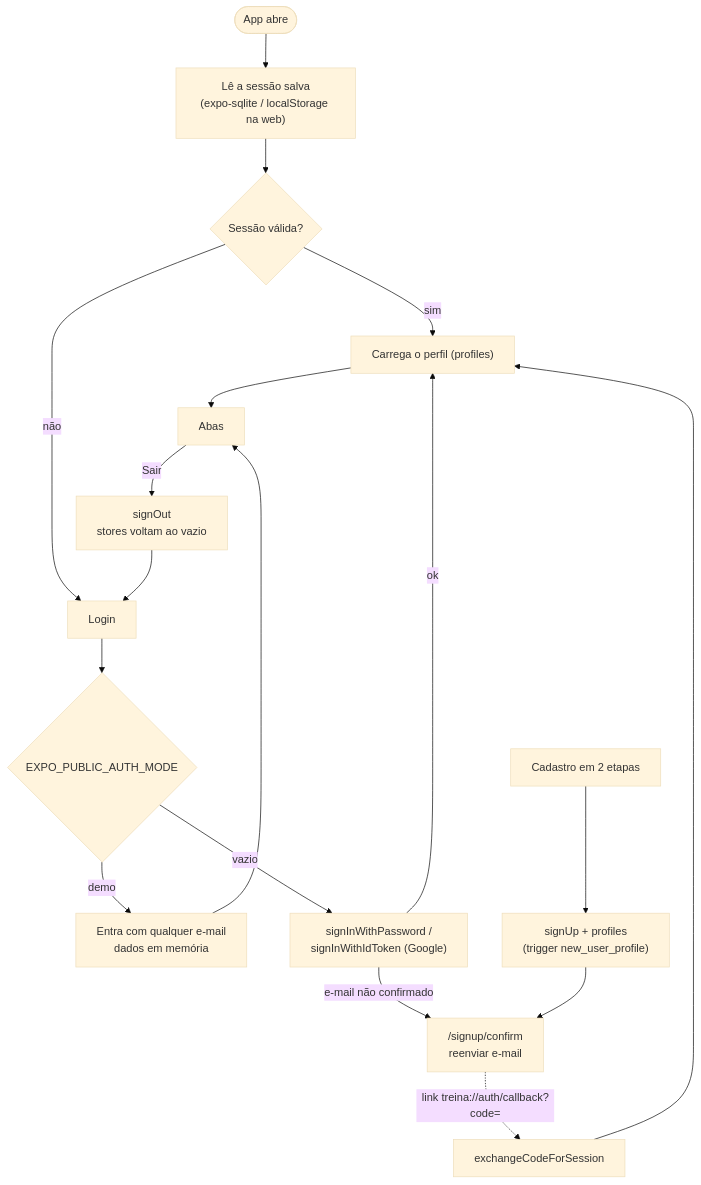
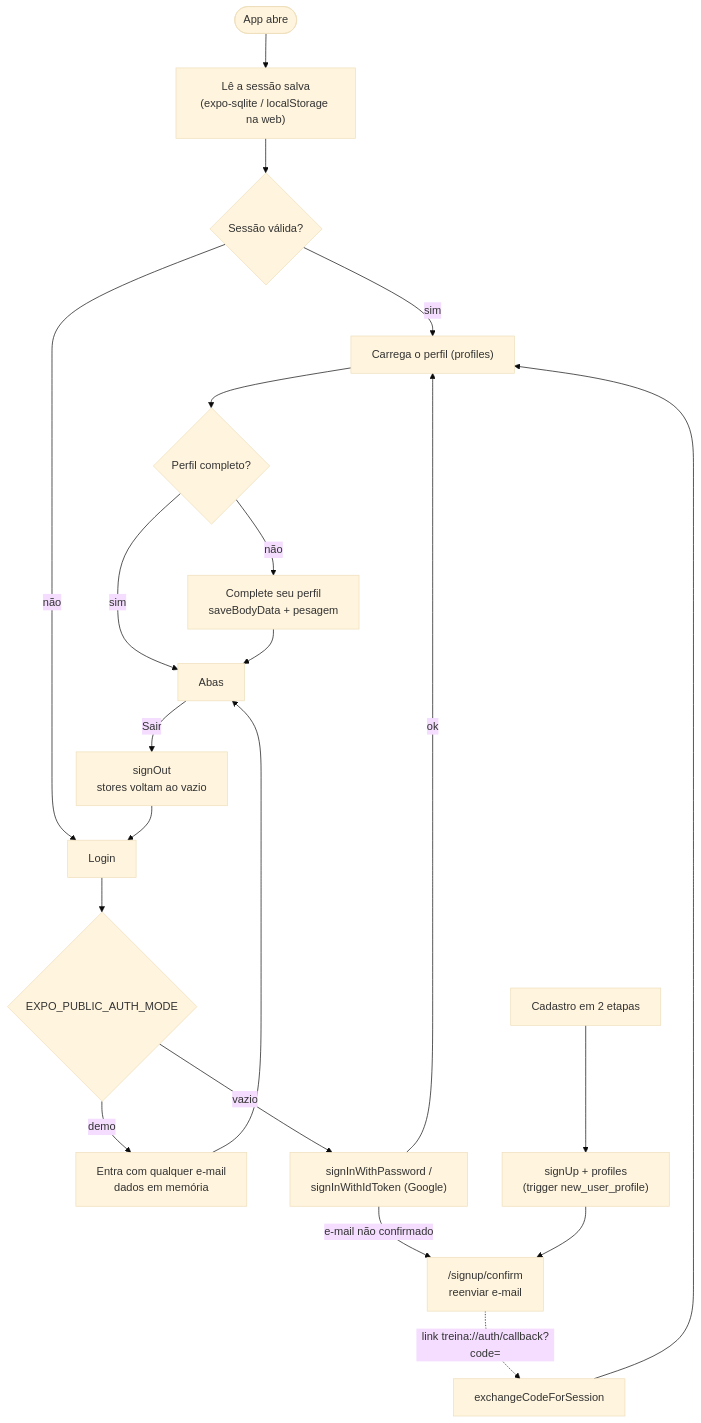
One commit to willians-e-silva/treina changed the sixth of 8 diagrams in docs/FLUXOGRAMA.md. Above: the diagram before and after it, drawn with Mermaid (base theme). The commit also changed other lines of this file, not shown here.

First line of the commit message:
docs: atualiza o fluxograma com a Fase 1 do roadmap (f21319a)

````diff
--- a/docs/FLUXOGRAMA.md
+++ b/docs/FLUXOGRAMA.md
@@ -246,19 +254,21 @@
 ```mermaid
 flowchart TD
     Open(["App abre"]) --> Restore["Lê a sessão salva<br/>(expo-sqlite / localStorage na web)"]
     Restore --> Has{"Sessão válida?"}
-    Has -- "sim" --> Profile["Carrega o perfil (profiles)"] --> App["Abas"]
+    Has -- "sim" --> Profile["Carrega o perfil (profiles)"] --> Check{"Perfil completo?"}
+    Check -- "sim" --> App["Abas"]
+    Check -- "não" --> CP["Complete seu perfil<br/>saveBodyData + pesagem"] --> App
     Has -- "não" --> Login["Login"]
 
     Login --> Mode{"EXPO_PUBLIC_AUTH_MODE"}
     Mode -- "demo" --> Demo["Entra com qualquer e-mail<br/>dados em memória"] --> App
     Mode -- "vazio" --> Real["signInWithPassword /<br/>signInWithIdToken (Google)"]
     Real -- "e-mail não confirmado" --> Confirm["/signup/confirm<br/>reenviar e-mail"]
     Real -- "ok" --> Profile
 
     SignUp["Cadastro em 2 etapas"] --> Create["signUp + profiles<br/>(trigger new_user_profile)"]
     Create --> Confirm
     Confirm -.->|"link treina://auth/callback?code="| Exchange["exchangeCodeForSession"] --> Profile
 
     App -- "Sair" --> Out["signOut<br/>stores voltam ao vazio"] --> Login
 ```
````
